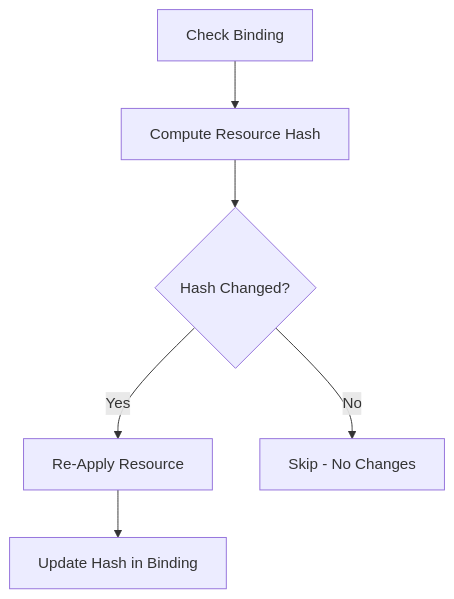
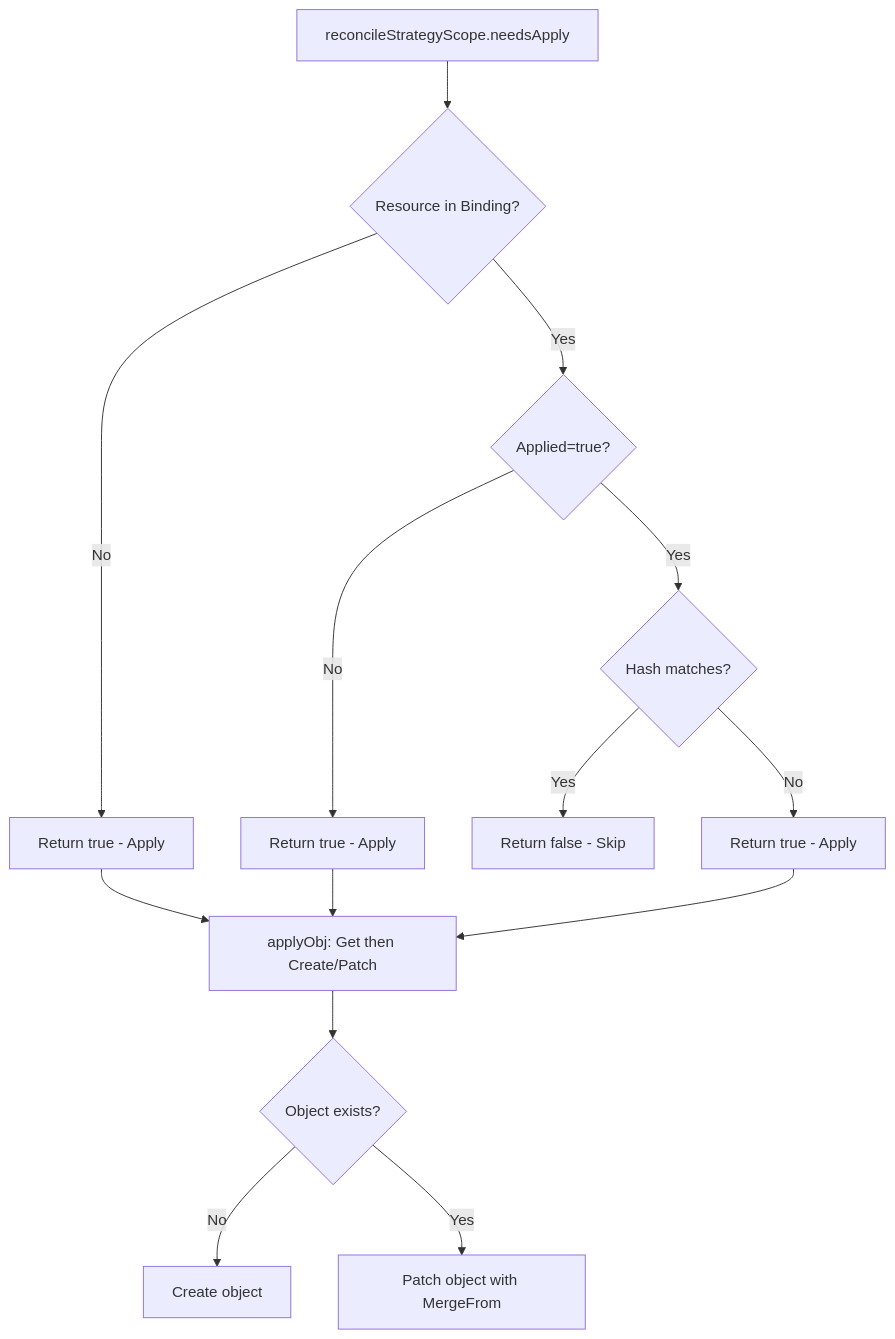
Before and after one commit to seanyen/cluster-api: the fourth of 9 diagrams in ai-gen/internal/controllers/clusterresourceset_controller.md, drawn with Mermaid. The commit also changed other lines of this file, not shown here.

````diff
--- a/ai-gen/internal/controllers/clusterresourceset_controller.md
+++ b/ai-gen/internal/controllers/clusterresourceset_controller.md
@@ -108,8 +145,16 @@
 ```mermaid
 flowchart TD
-    A[Check Binding] --> B[Compute Resource Hash]
-    B --> C{Hash Changed?}
-    C -->|Yes| D[Re-Apply Resource]
-    C -->|No| E[Skip - No Changes]
-    D --> F[Update Hash in Binding]
+    A[reconcileStrategyScope.needsApply] --> B{Resource in Binding?}
+    B -->|No| C[Return true - Apply]
+    B -->|Yes| D{Applied=true?}
+    D -->|No| E[Return true - Apply]
+    D -->|Yes| F{Hash matches?}
+    F -->|Yes| G[Return false - Skip]
+    F -->|No| H[Return true - Apply]
+    C --> I[applyObj: Get then Create/Patch]
+    E --> I
+    H --> I
+    I --> J{Object exists?}
+    J -->|No| K[Create object]
+    J -->|Yes| L[Patch object with MergeFrom]
 ```
````
